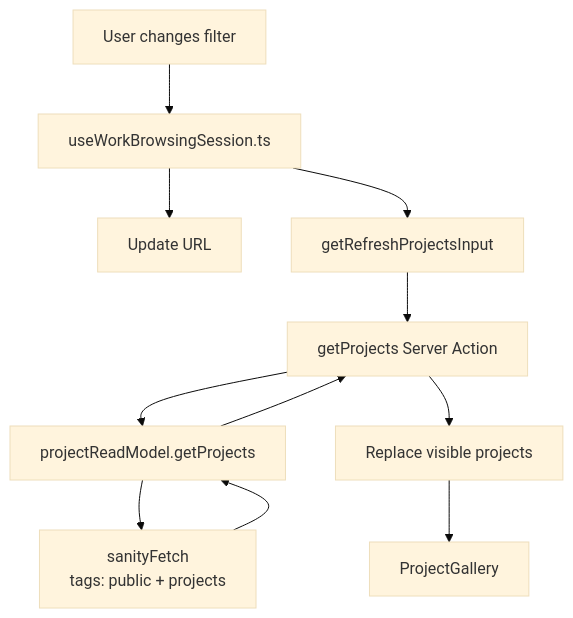
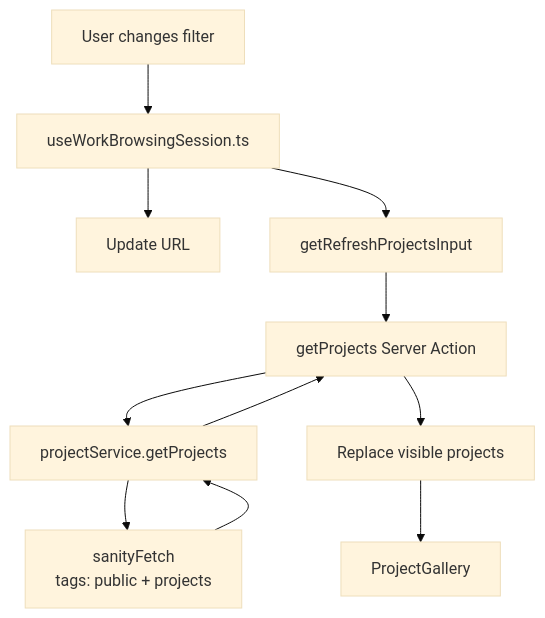
One commit to pinpointpinpoint/style-up-studio changed the fourth of 6 diagrams in docs/data-fetching.md. Above: the diagram before and after it, drawn with Mermaid (base theme). The commit also changed other lines of this file and 49 other files, not shown here.

````diff
--- a/docs/data-fetching.md
+++ b/docs/data-fetching.md
@@ -133,23 +133,23 @@
 ```mermaid
 flowchart TD
     Filter[User changes filter]
     Session[useWorkBrowsingSession.ts]
     Url[Update URL]
     Input[getRefreshProjectsInput]
     Action[getProjects Server Action]
-    ReadModel[projectReadModel.getProjects]
+    Service[projectService.getProjects]
     Fetch[sanityFetch<br/>tags: public + projects]
     Replace[Replace visible projects]
     Gallery[ProjectGallery]
 
     Filter --> Session
     Session --> Url
     Session --> Input
     Input --> Action
-    Action --> ReadModel
-    ReadModel --> Fetch
-    Fetch --> ReadModel
-    ReadModel --> Action
+    Action --> Service
+    Service --> Fetch
+    Fetch --> Service
+    Service --> Action
     Action --> Replace
     Replace --> Gallery
 ```
````
